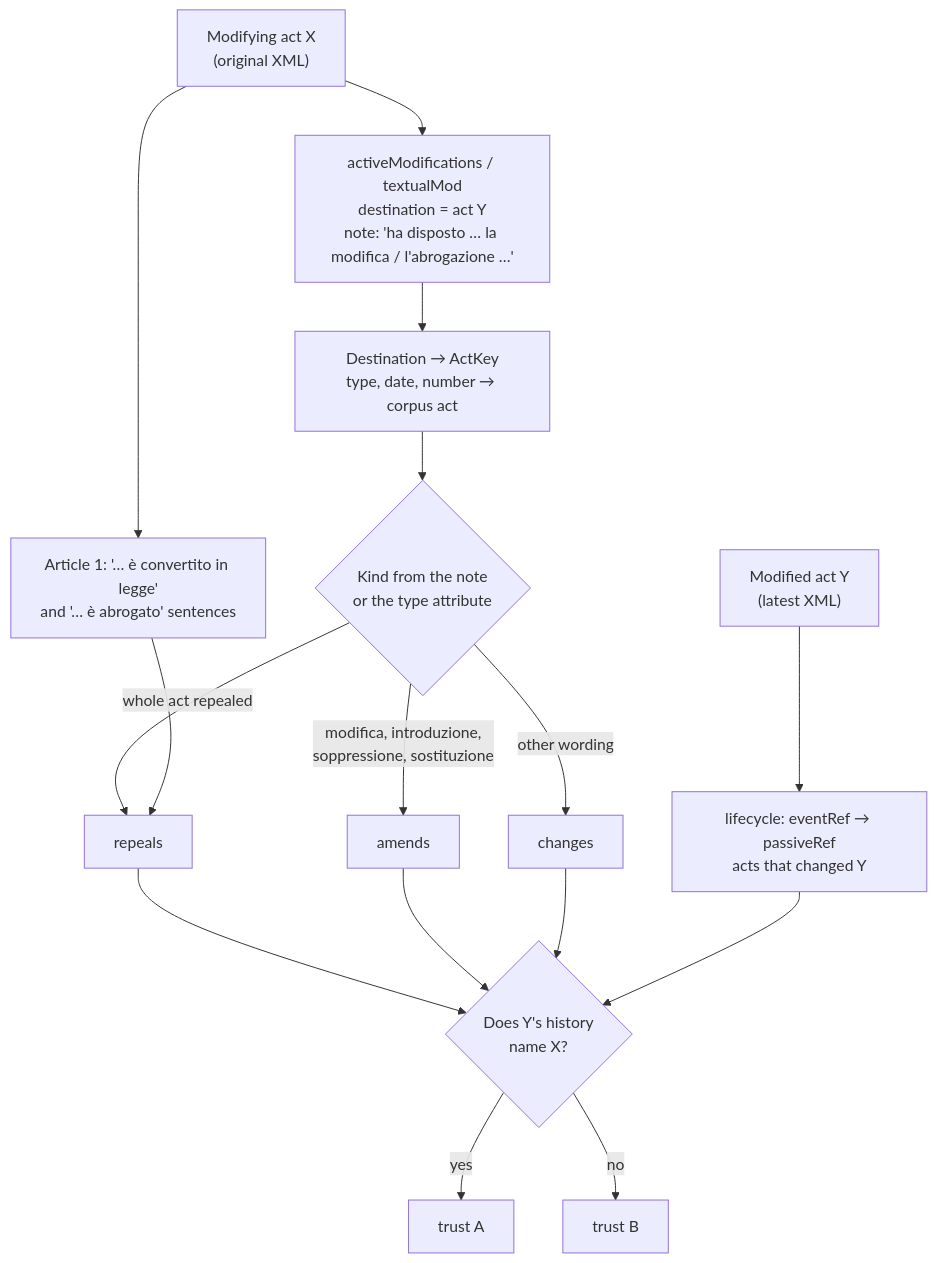
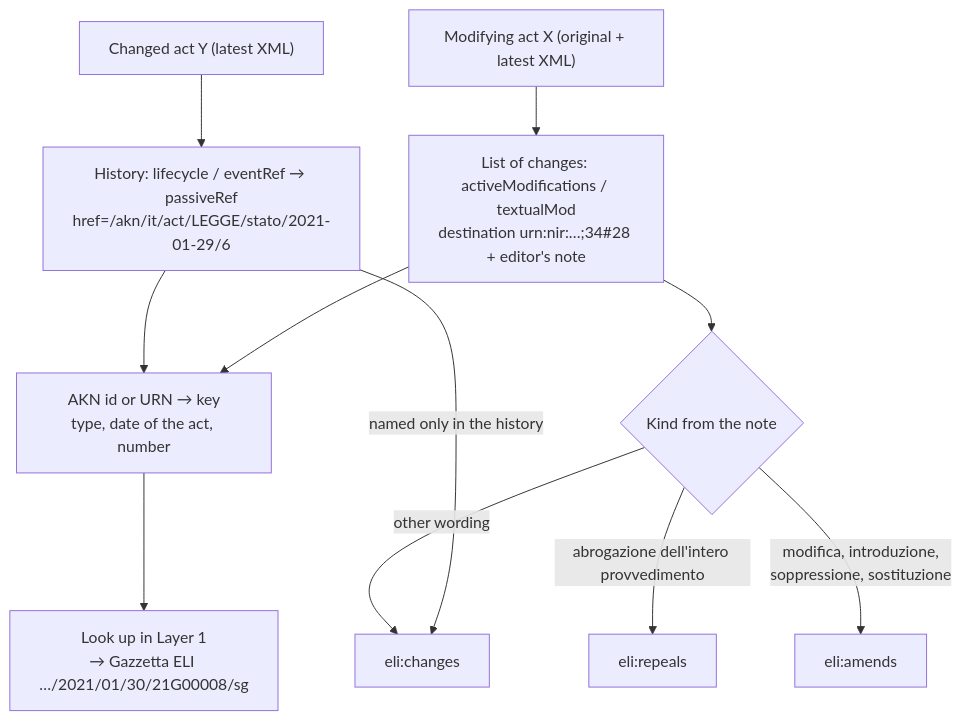
Before and after one commit to arvind088/Crawlar-gazzettaufficial: the third of 4 diagrams in ARCHITECTURE.md, drawn with Mermaid. The commit also changed other lines of this file and 33 other files, not shown here.

````diff
--- a/ARCHITECTURE.md
+++ b/ARCHITECTURE.md
@@ -117,16 +132,13 @@
 ```mermaid
 flowchart TB
-    X["Modifying act X<br/>(original XML)"] --> TM["activeModifications / textualMod<br/>destination = act Y<br/>note: 'ha disposto … la modifica / l'abrogazione …'"]
-    X --> A1["Article 1: '… è convertito in legge'<br/>and '… è abrogato' sentences"]
-    Y["Modified act Y<br/>(latest XML)"] --> LC["lifecycle: eventRef → passiveRef<br/>acts that changed Y"]
-    TM --> K[Destination → ActKey<br/>type, date, number → corpus act]
-    K --> P{Kind from the note<br/>or the type attribute}
-    P -->|whole act repealed| REP[repeals]
-    P -->|modifica, introduzione,<br/>soppressione, sostituzione| AM[amends]
-    P -->|other wording| CH[changes]
-    A1 --> REP
-    REP & AM & CH --> T{"Does Y's history<br/>name X?"}
-    LC --> T
-    T -->|yes| TA[trust A]
-    T -->|no| TB[trust B]
+    Y["Changed act Y (latest XML)"] --> LC["History: lifecycle / eventRef → passiveRef<br/>href=/akn/it/act/LEGGE/stato/2021-01-29/6"]
+    X["Modifying act X (original + latest XML)"] --> TM["List of changes: activeModifications / textualMod<br/>destination urn:nir:…;34#28 + editor's note"]
+    LC --> K["AKN id or URN → key<br/>type, date of the act, number"]
+    TM --> K
+    K --> L1["Look up in Layer 1<br/>→ Gazzetta ELI …/2021/01/30/21G00008/sg"]
+    TM --> P{Kind from the note}
+    P -->|abrogazione dell'intero provvedimento| REP[eli:repeals]
+    P -->|modifica, introduzione,<br/>soppressione, sostituzione| AM[eli:amends]
+    P -->|other wording| CH[eli:changes]
+    LC -->|named only in the history| CH
 ```
````
